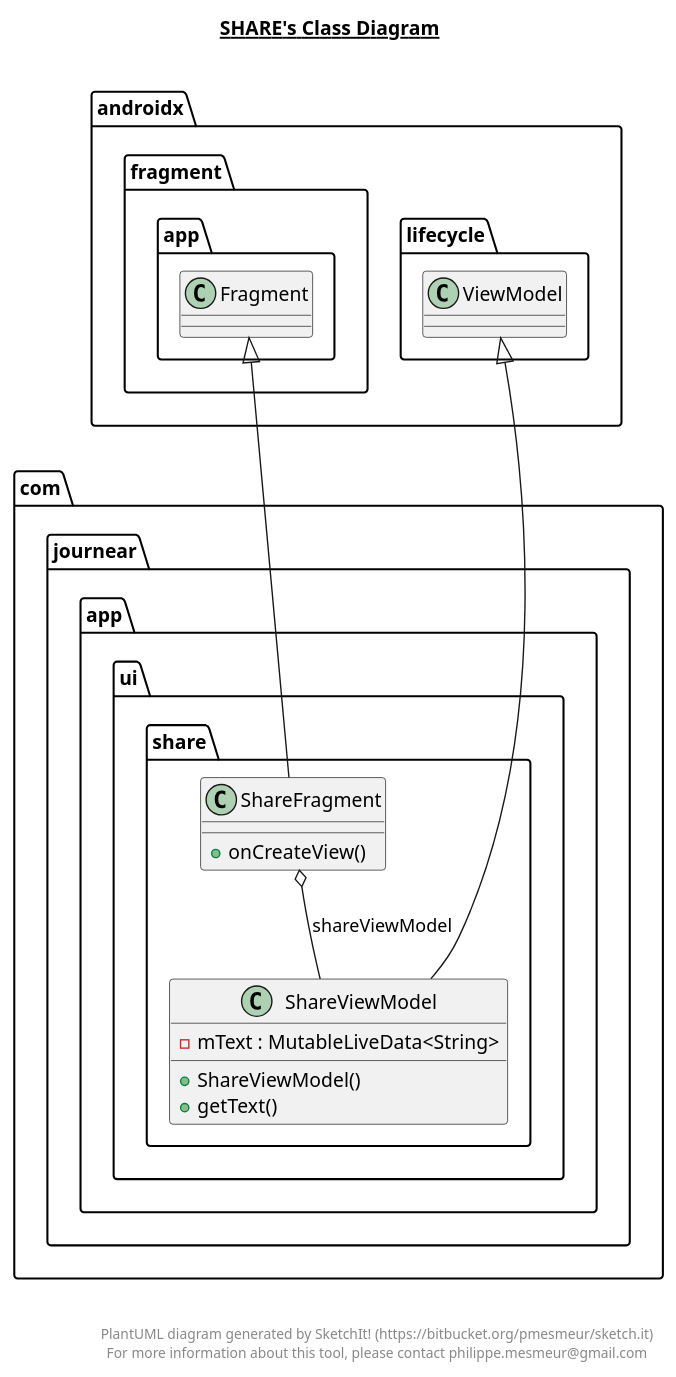
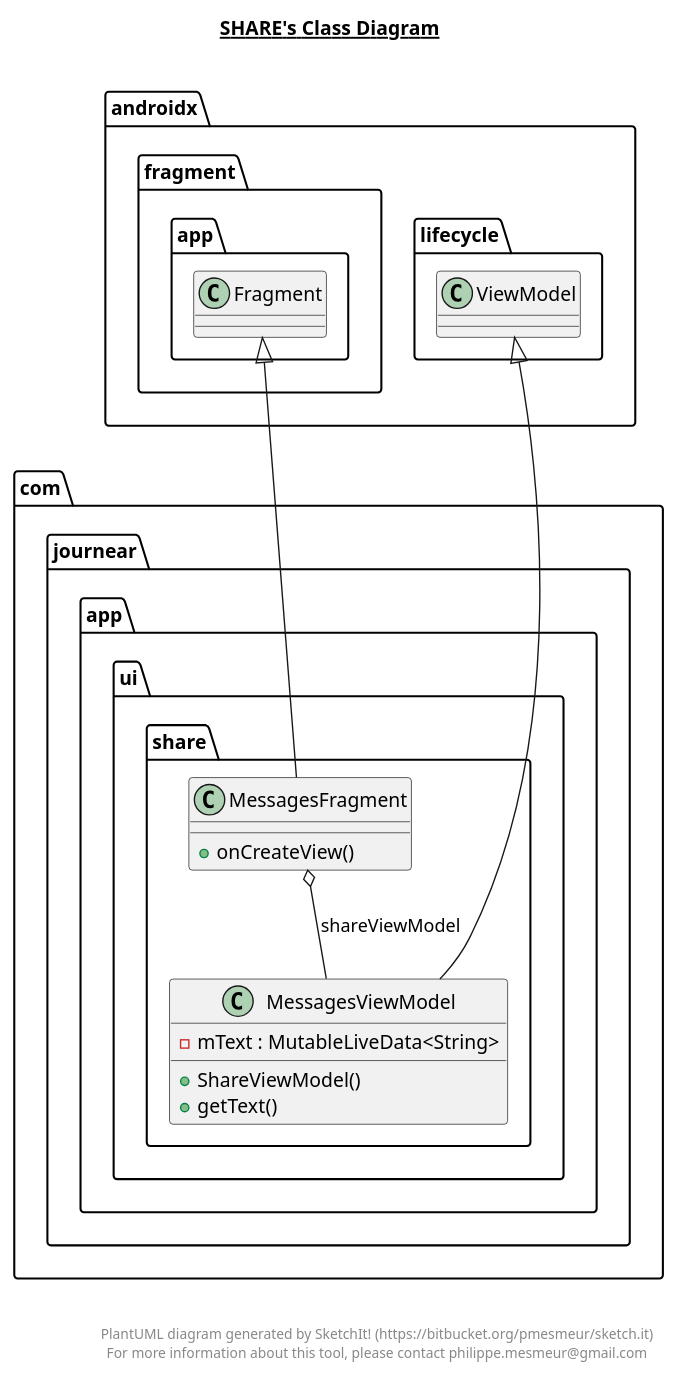
One commit to nikhilgirrajtcd/journear-neo changed the diagram in app/src/main/java/com/journear/app/ui/share/share.plantuml. Above: the diagram before and after it, drawn with PlantUML. The commit also changed 7 other files, not shown here.

Commit message:
Changed ShareFragment to MessagesFragment.

```diff
--- a/app/src/main/java/com/journear/app/ui/share/share.plantuml
+++ b/app/src/main/java/com/journear/app/ui/share/share.plantuml
@@ -1,41 +1,41 @@
 @startuml
 
 title __SHARE's Class Diagram__\n
 
   namespace com.journear.app {
     namespace ui {
       namespace share {
-        class com.journear.app.ui.share.ShareFragment {
+        class com.journear.app.ui.share.MessagesFragment {
             + onCreateView()
         }
       }
     }
   }
   
 
   namespace com.journear.app {
     namespace ui {
       namespace share {
-        class com.journear.app.ui.share.ShareViewModel {
+        class com.journear.app.ui.share.MessagesViewModel {
             - mText : MutableLiveData<String>
             + ShareViewModel()
             + getText()
         }
       }
     }
   }
   
 
-  com.journear.app.ui.share.ShareFragment -up-|> androidx.fragment.app.Fragment
-  com.journear.app.ui.share.ShareFragment o-- com.journear.app.ui.share.ShareViewModel : shareViewModel
-  com.journear.app.ui.share.ShareViewModel -up-|> androidx.lifecycle.ViewModel
+  com.journear.app.ui.share.MessagesFragment -up-|> androidx.fragment.app.Fragment
+  com.journear.app.ui.share.MessagesFragment o-- com.journear.app.ui.share.MessagesViewModel : shareViewModel
+  com.journear.app.ui.share.MessagesViewModel -up-|> androidx.lifecycle.ViewModel
 
 
 right footer
 
 
 PlantUML diagram generated by SketchIt! (https://bitbucket.org/pmesmeur/sketch.it)
 For more information about this tool, please contact philippe.mesmeur@gmail.com
 endfooter
 
 @enduml
```
